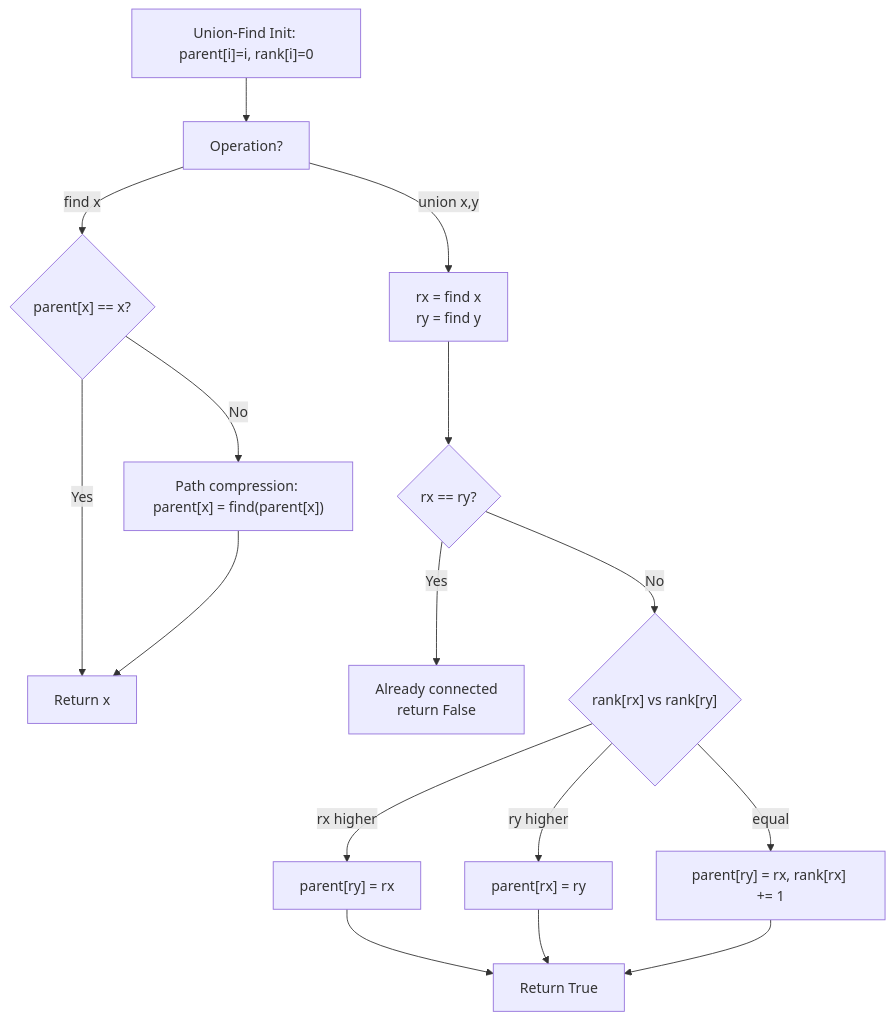
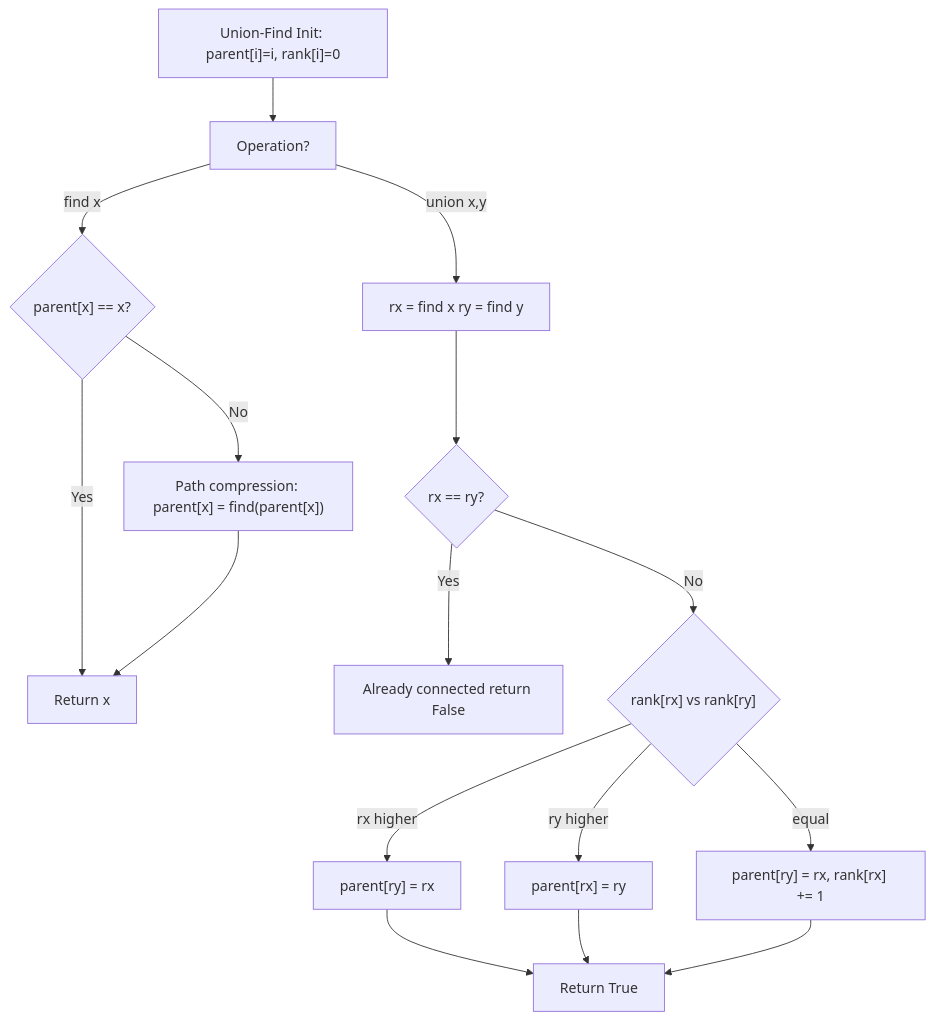
One commit to deepanshu-rawat6/AlgoAtlas changed the fifth of 6 diagrams in graphs/README.md. Above: the diagram before and after it, drawn with Mermaid. The commit also changed other lines of this file and 13 other files, not shown here.

````diff
--- a/graphs/README.md
+++ b/graphs/README.md
@@ -141,18 +141,18 @@
 ```mermaid
 flowchart TD
     A["Union-Find Init: parent[i]=i, rank[i]=0"] --> B[Operation?]
     B -->|find x| C{"parent[x] == x?"}
     C -->|Yes| D[Return x]
     C -->|No| E["Path compression: parent[x] = find(parent[x])"]
     E --> D
-    B -->|union x,y| F[rx = find x<br>ry = find y]
+    B -->|union x,y| F[rx = find x ry = find y]
     F --> G{"rx == ry?"}
-    G -->|Yes| H[Already connected<br>return False]
+    G -->|Yes| H[Already connected return False]
     G -->|No| I{"rank[rx] vs rank[ry]"}
     I -->|rx higher| J["parent[ry] = rx"]
     I -->|ry higher| K["parent[rx] = ry"]
     I -->|equal| L["parent[ry] = rx, rank[rx] += 1"]
     J --> M[Return True]
     K --> M
     L --> M
 ```
````
